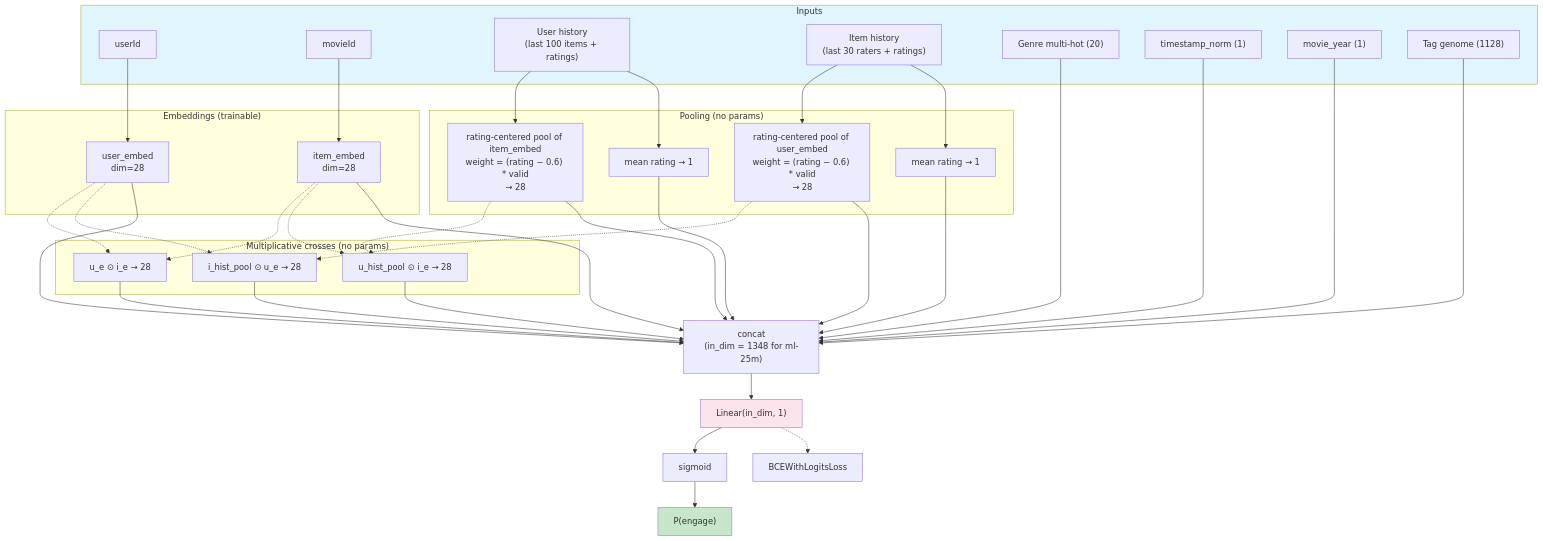
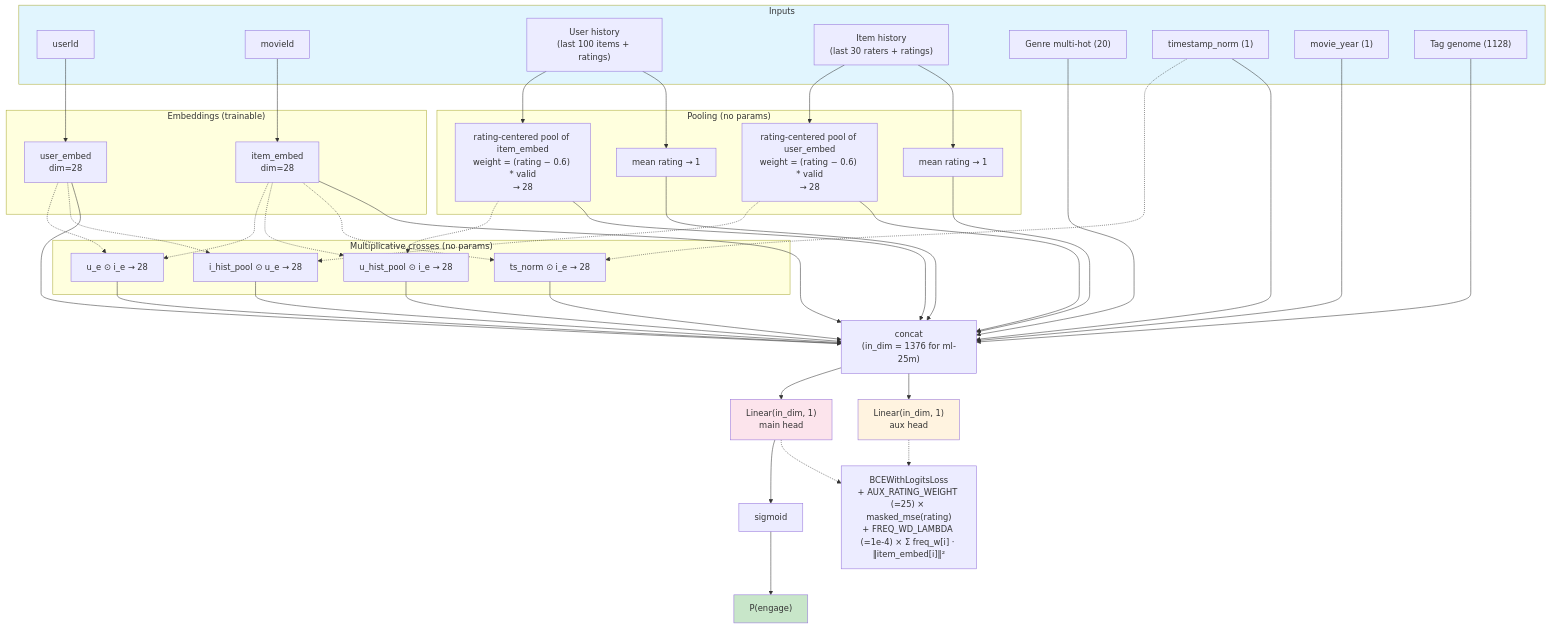
One commit to thuningxu/movielens changed the diagram in README.md. Above: the diagram before and after it, drawn with Mermaid. The commit also changed other lines of this file and 1 other file, not shown here.

Commit message:
Update docs + diagram for apr28o sub-noise stack baseline
README.md:
- Architecture diagram updated: 4th cross field (ts ⊙ i_e), aux head
  alongside main head, combined-loss block, in_dim 1376 (was 1348)
- Headline updated to 0.8282 baseline
- Layout section reflects current state

program.md:
- Add cumulative progress table (linear baseline → 0.8282)
- New section for apr28o sub-noise stacking win
- Compress apr28h-n null cycles into a single section
- Backlog status note: cheap HP space saturated; remaining ideas
  skew toward Tier 3-5 (transformer encoder, IMDB summaries) or
  rescue attempts (MLP head with smarter optimization)
- Cache version bumped note: restart-3 (per-item count)

````diff
--- a/README.md
+++ b/README.md
@@ -20,59 +20,65 @@
 ```mermaid
 graph TD
     subgraph Inputs
         UID["userId"]
         MID["movieId"]
         UHIST["User history<br/>(last 100 items + ratings)"]
         IHIST["Item history<br/>(last 30 raters + ratings)"]
         GENRE["Genre multi-hot (20)"]
         TS["timestamp_norm (1)"]
         YEAR["movie_year (1)"]
         GENOME["Tag genome (1128)"]
     end
 
     subgraph "Embeddings (trainable)"
         UID --> UE["user_embed<br/>dim=28"]
         MID --> IE["item_embed<br/>dim=28"]
     end
 
     subgraph "Pooling (no params)"
         UHIST --> UHP["rating-centered pool of item_embed<br/>weight = (rating − 0.6) * valid<br/>→ 28"]
         UHIST --> UHR["mean rating → 1"]
         IHIST --> IHP["rating-centered pool of user_embed<br/>weight = (rating − 0.6) * valid<br/>→ 28"]
         IHIST --> IHR["mean rating → 1"]
     end
 
     subgraph "Multiplicative crosses (no params)"
         UE -.-> CR1["u_e ⊙ i_e → 28"]
         IE -.-> CR1
         UHP -.-> CR2["u_hist_pool ⊙ i_e → 28"]
         IE -.-> CR2
         IHP -.-> CR3["i_hist_pool ⊙ u_e → 28"]
         UE -.-> CR3
+        TS -.-> CR4["ts_norm ⊙ i_e → 28"]
+        IE -.-> CR4
     end
 
-    UE --> CONCAT["concat<br/>(in_dim = 1348 for ml-25m)"]
+    UE --> CONCAT["concat<br/>(in_dim = 1376 for ml-25m)"]
     IE --> CONCAT
     UHP --> CONCAT
     UHR --> CONCAT
     IHP --> CONCAT
     IHR --> CONCAT
     GENRE --> CONCAT
     TS --> CONCAT
     YEAR --> CONCAT
     GENOME --> CONCAT
     CR1 --> CONCAT
     CR2 --> CONCAT
     CR3 --> CONCAT
+    CR4 --> CONCAT
 
-    CONCAT --> HEAD["Linear(in_dim, 1)"]
-    HEAD --> SIGMOID["sigmoid"]
+    CONCAT --> MAINHEAD["Linear(in_dim, 1)<br/>main head"]
+    CONCAT --> AUXHEAD["Linear(in_dim, 1)<br/>aux head"]
+    MAINHEAD --> SIGMOID["sigmoid"]
     SIGMOID --> PRED["P(engage)"]
 
-    LOSS["BCEWithLogitsLoss"]
-    HEAD -.-> LOSS
+    LOSS["BCEWithLogitsLoss<br/>+ AUX_RATING_WEIGHT (=25) × masked_mse(rating)<br/>+ FREQ_WD_LAMBDA (=1e-4) × Σ freq_w[i] · ‖item_embed[i]‖²"]
+    MAINHEAD -.-> LOSS
+    AUXHEAD -.-> LOSS
 
     style Inputs fill:#e1f5fe
-    style HEAD fill:#fce4ec
+    style MAINHEAD fill:#fce4ec
+    style AUXHEAD fill:#fff3e0
     style PRED fill:#c8e6c9
 ```
````
